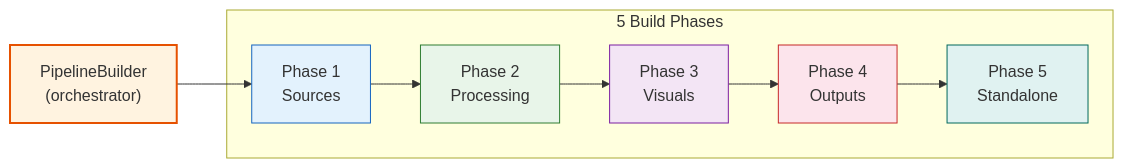
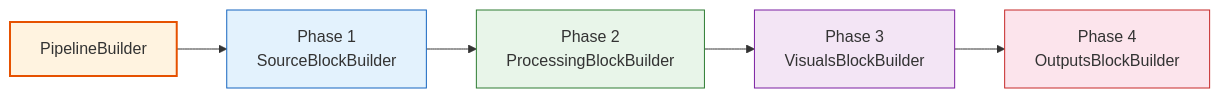
The first of 8 diagrams in docs/architecture/deepstream/03_pipeline_building.md (nam278/vms-engine), drawn with Mermaid before and after one commit. The commit also changed other lines of this file and 2 other files, not shown here.

First line of the commit message:
Update linking system documentation and pipeline builder phase description

````diff
--- a/docs/architecture/deepstream/03_pipeline_building.md
+++ b/docs/architecture/deepstream/03_pipeline_building.md
@@ -23,21 +24,13 @@
 ```mermaid
 graph LR
-    PB["PipelineBuilder<br/>(orchestrator)"]
-
-    subgraph PHASES["5 Build Phases"]
-        P1["Phase 1<br/>Sources"]
-        P2["Phase 2<br/>Processing"]
-        P3["Phase 3<br/>Visuals"]
-        P4["Phase 4<br/>Outputs"]
-        P5["Phase 5<br/>Standalone"]
-    end
-
-    PB --> P1 --> P2 --> P3 --> P4 --> P5
+    PB["PipelineBuilder"] --> P1["Phase 1<br/>SourceBlockBuilder"]
+    P1 --> P2["Phase 2<br/>ProcessingBlockBuilder"]
+    P2 --> P3["Phase 3<br/>VisualsBlockBuilder"]
+    P3 --> P4["Phase 4<br/>OutputsBlockBuilder"]
 
     style PB fill:#fff3e0,stroke:#e65100,stroke-width:2px
     style P1 fill:#e3f2fd,stroke:#1565c0
     style P2 fill:#e8f5e9,stroke:#2e7d32
     style P3 fill:#f3e5f5,stroke:#7b1fa2
     style P4 fill:#fce4ec,stroke:#c62828
-    style P5 fill:#e0f2f1,stroke:#00695c
 ```
````
